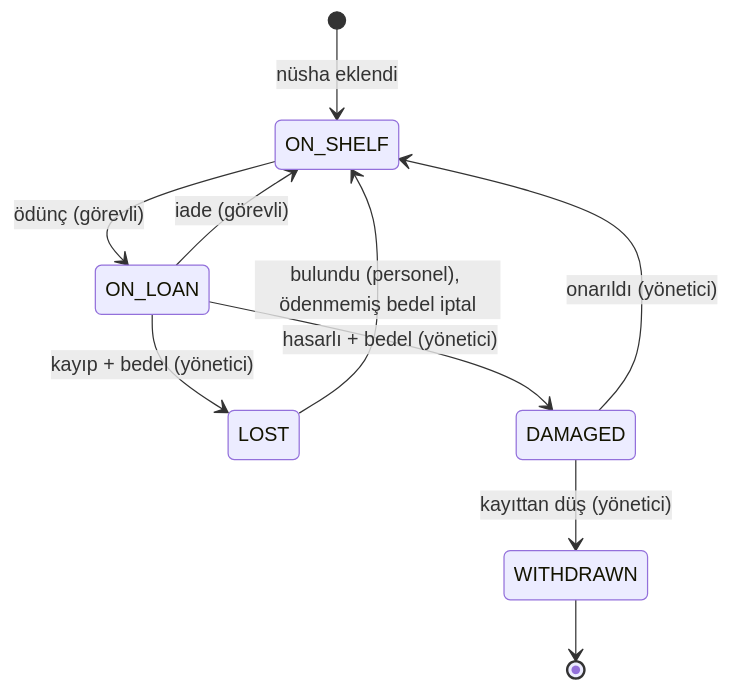
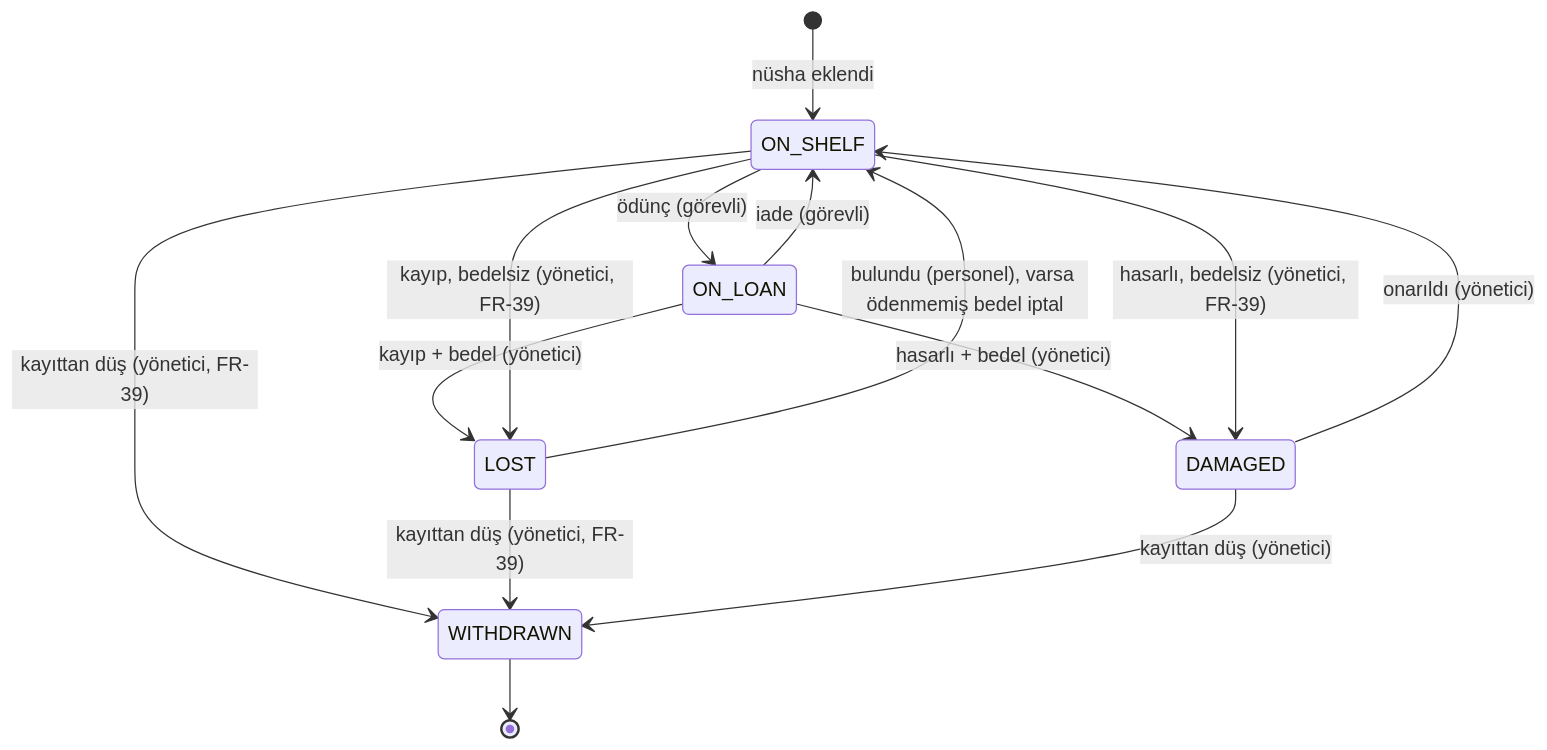
The seventh of 8 diagrams in docs/architecture.md (mhmtmndrn/kutuphane-odunc-sistemi), drawn with Mermaid before and after one commit. The commit also changed other lines of this file and 14 other files, not shown here.

````diff
--- a/docs/architecture.md
+++ b/docs/architecture.md
@@ -203,12 +203,16 @@
 ```mermaid
 stateDiagram-v2
   [*] --> ON_SHELF: nüsha eklendi
   ON_SHELF --> ON_LOAN: ödünç (görevli)
   ON_LOAN --> ON_SHELF: iade (görevli)
   ON_LOAN --> LOST: kayıp + bedel (yönetici)
   ON_LOAN --> DAMAGED: hasarlı + bedel (yönetici)
-  LOST --> ON_SHELF: bulundu (personel), ödenmemiş bedel iptal
+  ON_SHELF --> LOST: kayıp, bedelsiz (yönetici, FR-39)
+  ON_SHELF --> DAMAGED: hasarlı, bedelsiz (yönetici, FR-39)
+  ON_SHELF --> WITHDRAWN: kayıttan düş (yönetici, FR-39)
+  LOST --> WITHDRAWN: kayıttan düş (yönetici, FR-39)
+  LOST --> ON_SHELF: bulundu (personel), varsa ödenmemiş bedel iptal
   DAMAGED --> ON_SHELF: onarıldı (yönetici)
   DAMAGED --> WITHDRAWN: kayıttan düş (yönetici)
   WITHDRAWN --> [*]
 ```
````
